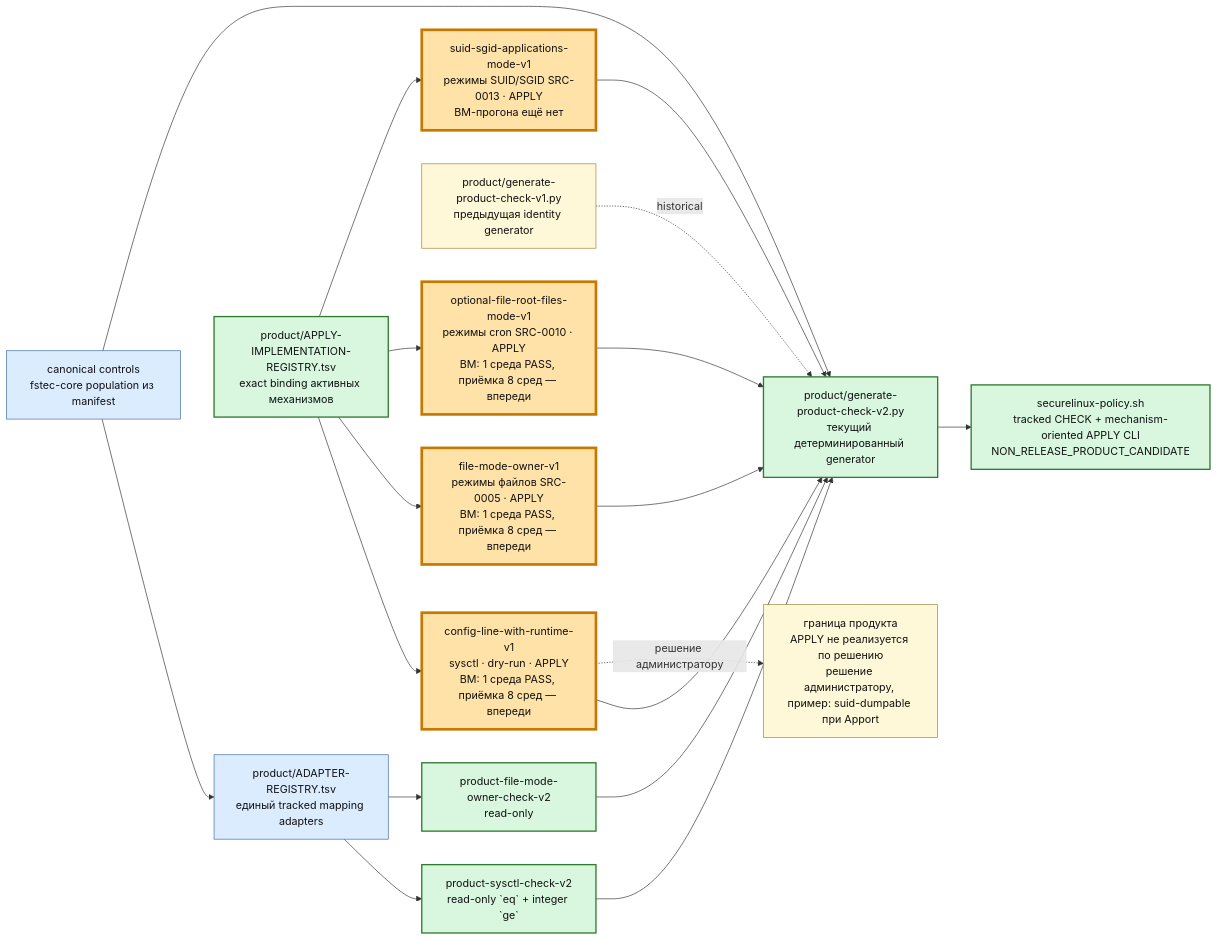
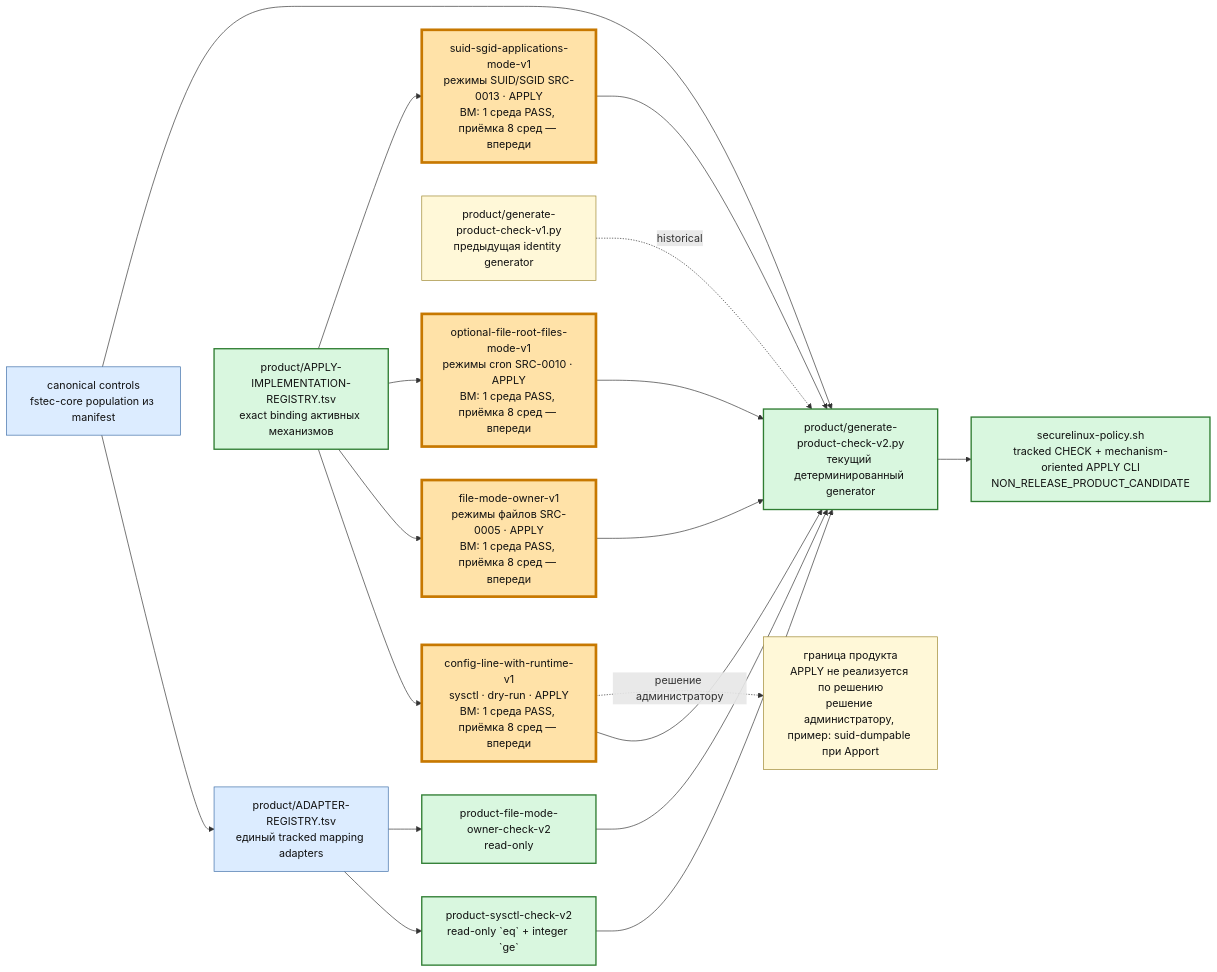
Before and after one commit to rasav65/SecureLinux-Policy: the third of 6 diagrams in docs/PROJECT-MAP.md, drawn with Mermaid. The commit also changed other lines of this file and 8 other files, not shown here.

First line of the commit message:
docs: ВМ-прогон механизма suid-sgid-applications-mode-v1, changelog

````diff
--- a/docs/PROJECT-MAP.md
+++ b/docs/PROJECT-MAP.md
@@ -206,34 +206,34 @@
 ```mermaid
 flowchart LR
     CTRLNOW["canonical controls<br/>fstec-core population из manifest"]:::component
     REG["product/ADAPTER-REGISTRY.tsv<br/>единый tracked mapping adapters"]:::component
     SYS["product-sysctl-check-v2<br/>read-only `eq` + integer `ge`"]:::closed
     FILE["product-file-mode-owner-check-v2<br/>read-only"]:::closed
     GEN1["product/generate-product-check-v1.py<br/>предыдущая identity generator"]:::note
     GEN2["product/generate-product-check-v2.py<br/>текущий детерминированный generator"]:::closed
     IMPLREG["product/APPLY-IMPLEMENTATION-REGISTRY.tsv<br/>exact binding активных механизмов"]:::closed
     APPLY1["config-line-with-runtime-v1<br/>sysctl · dry-run · APPLY<br/>ВМ: 1 среда PASS, приёмка 8 сред — впереди"]:::current
     APPLY2["file-mode-owner-v1<br/>режимы файлов SRC-0005 · APPLY<br/>ВМ: 1 среда PASS, приёмка 8 сред — впереди"]:::current
     APPLY3["optional-file-root-files-mode-v1<br/>режимы cron SRC-0010 · APPLY<br/>ВМ: 1 среда PASS, приёмка 8 сред — впереди"]:::current
-    APPLY4["suid-sgid-applications-mode-v1<br/>режимы SUID/SGID SRC-0013 · APPLY<br/>ВМ-прогона ещё нет"]:::current
+    APPLY4["suid-sgid-applications-mode-v1<br/>режимы SUID/SGID SRC-0013 · APPLY<br/>ВМ: 1 среда PASS, приёмка 8 сред — впереди"]:::current
     CLI["securelinux-policy.sh<br/>tracked CHECK + mechanism-oriented APPLY CLI<br/>NON_RELEASE_PRODUCT_CANDIDATE"]:::closed
     ADMIN["граница продукта<br/>APPLY не реализуется по решению<br/>решение администратору, пример: suid-dumpable при Apport"]:::note
 
     CTRLNOW --> REG
     REG --> SYS
     REG --> FILE
     SYS --> GEN2
     FILE --> GEN2
     CTRLNOW --> GEN2 --> CLI
     IMPLREG --> APPLY1 --> GEN2
     IMPLREG --> APPLY2 --> GEN2
     IMPLREG --> APPLY3 --> GEN2
     IMPLREG --> APPLY4 --> GEN2
     APPLY1 -. решение администратору .-> ADMIN
     GEN1 -. historical .-> GEN2
 
     classDef closed fill:#d9f7df,stroke:#2f7d32,color:#111,stroke-width:2px;
     classDef component fill:#dcecff,stroke:#3e6ea8,color:#111;
     classDef current fill:#ffe2a8,stroke:#c77800,color:#111,stroke-width:4px;
     classDef note fill:#fff8d8,stroke:#9d8730,color:#111;
 ```
````
